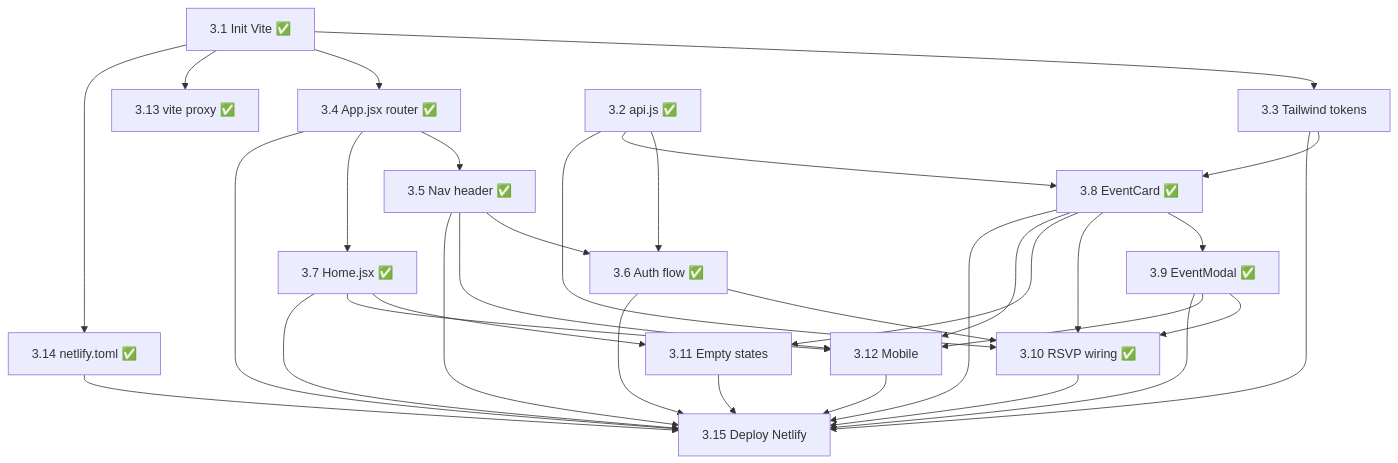
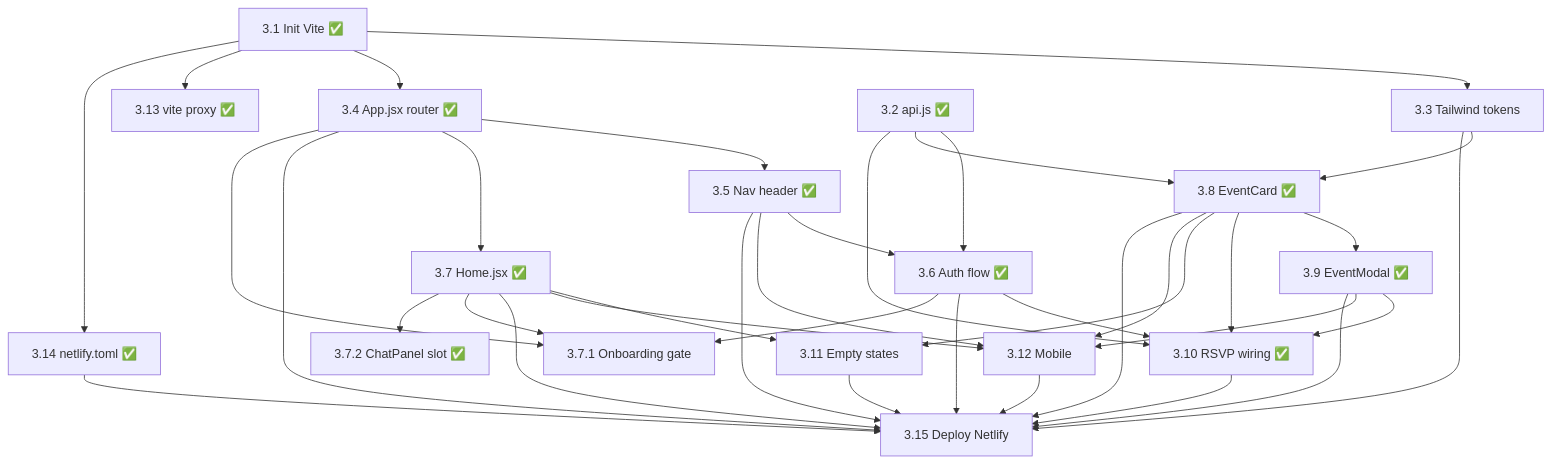
One commit to matthewpaolosbilo/claude-impact-lab-melbourne-team-5 changed the diagram in docs/dev3-dependencies.md. Above: the diagram before and after it, drawn with Mermaid. The commit also changed other lines of this file and 1 other file, not shown here.

````diff
--- a/docs/dev3-dependencies.md
+++ b/docs/dev3-dependencies.md
@@ -35,35 +37,39 @@
 ```mermaid
 graph TD
     3.1[3.1 Init Vite ✅] --> 3.3[3.3 Tailwind tokens]
     3.1 --> 3.4[3.4 App.jsx router ✅]
     3.1 --> 3.13[3.13 vite proxy ✅]
     3.1 --> 3.14[3.14 netlify.toml ✅]
     3.2[3.2 api.js ✅] --> 3.6[3.6 Auth flow ✅]
     3.3 --> 3.8[3.8 EventCard ✅]
     3.4 --> 3.5[3.5 Nav header ✅]
     3.4 --> 3.7[3.7 Home.jsx ✅]
     3.5 --> 3.6
     3.5 --> 3.12[3.12 Mobile]
     3.2 --> 3.8
     3.8 --> 3.9[3.9 EventModal ✅]
     3.2 --> 3.10[3.10 RSVP wiring ✅]
     3.6 --> 3.10
     3.8 --> 3.10
     3.9 --> 3.10
     3.7 --> 3.11[3.11 Empty states]
     3.8 --> 3.11
     3.7 --> 3.12
     3.8 --> 3.12
     3.9 --> 3.12
     3.3 --> 3.15[3.15 Deploy Netlify]
     3.4 --> 3.15
     3.5 --> 3.15
     3.6 --> 3.15
     3.7 --> 3.15
     3.8 --> 3.15
     3.9 --> 3.15
     3.10 --> 3.15
     3.11 --> 3.15
     3.12 --> 3.15
     3.14 --> 3.15
+    3.4 --> 371[3.7.1 Onboarding gate]
+    3.6 --> 371
+    3.7[3.7 Home.jsx ✅] --> 371
+    3.7 --> 372[3.7.2 ChatPanel slot ✅]
 ```
````
